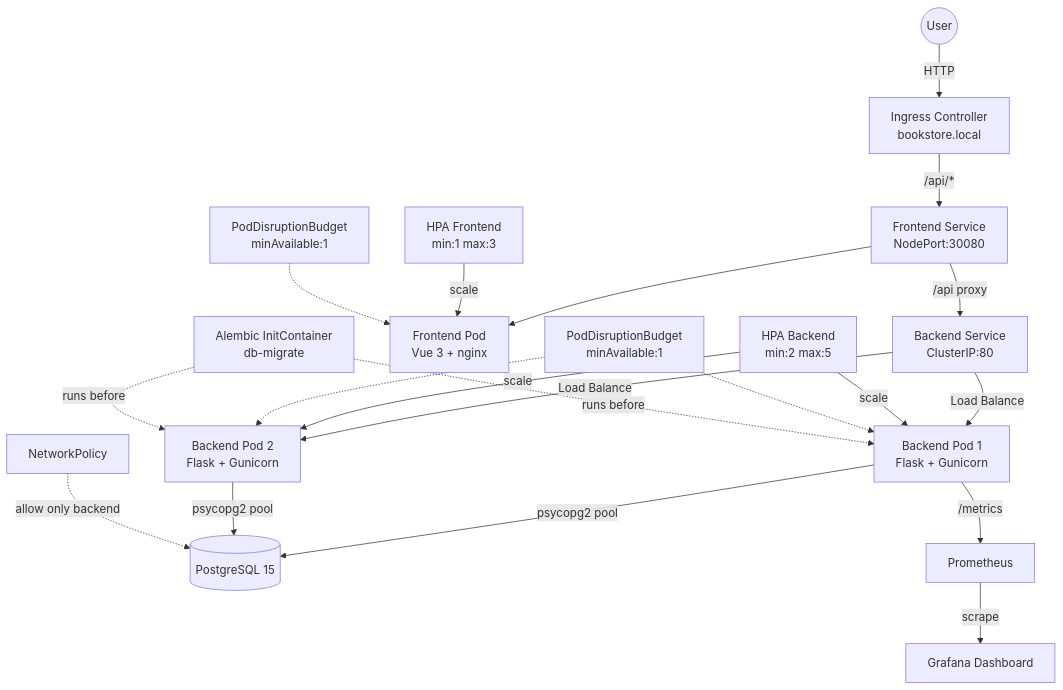
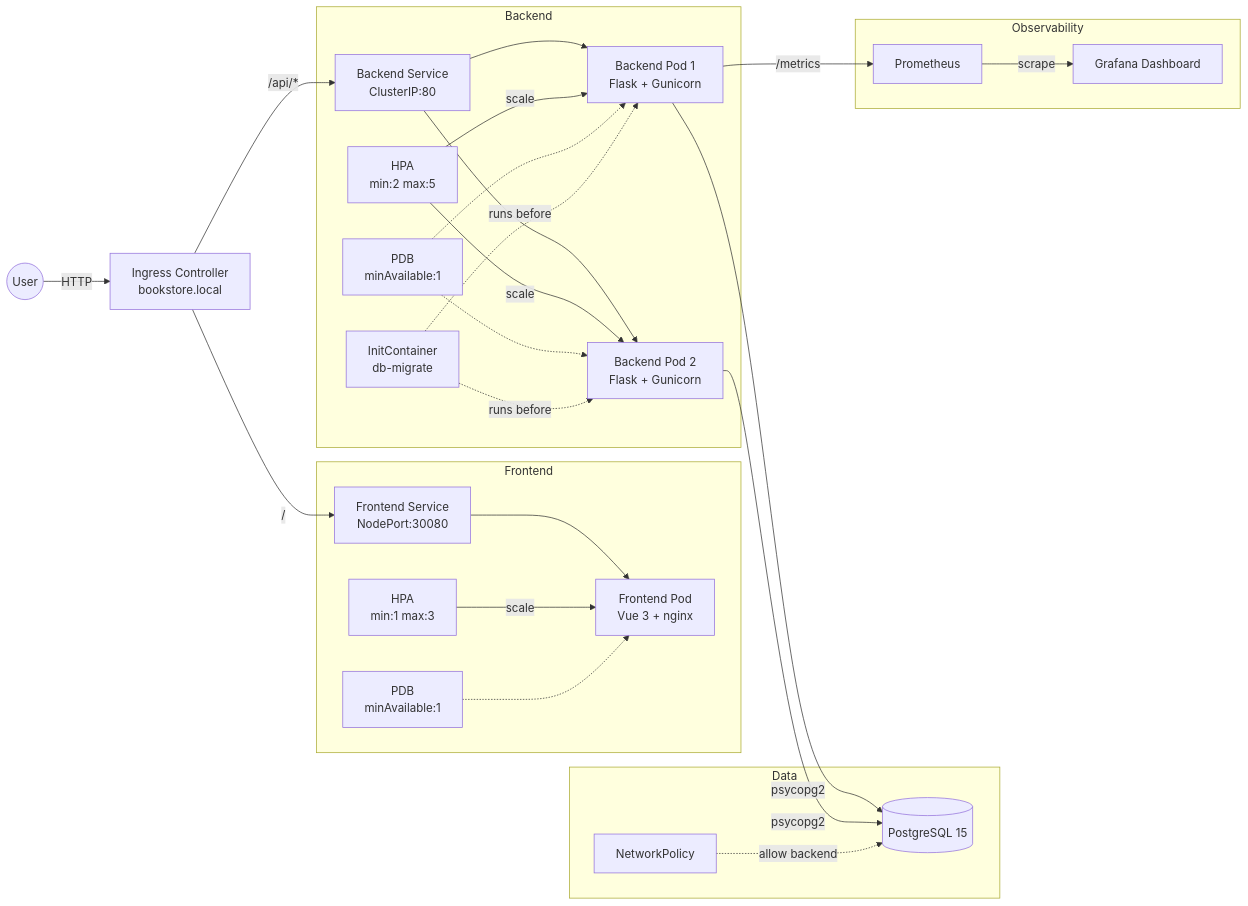
The diagram in README.md (Fgq2023/bookstore-k8s), drawn with Mermaid before and after one commit.

Commit message:
docs: fix Mermaid diagram rendering on GitHub
Switch from graph TB to graph LR to avoid layout solver failure.
Group components into subgraphs (Frontend, Backend, Data, Observability)
to reduce edge crossings and improve readability.

````diff
--- a/README.md
+++ b/README.md
@@ -9,22 +9,34 @@
 ```mermaid
-graph TB
+graph LR
     User((User)) -->|HTTP| Ingress[Ingress Controller<br/>bookstore.local]
-    Ingress -->|/api/*| SVC_FE[Frontend Service<br/>NodePort:30080]
-    SVC_FE -->|/api proxy| SVC_BE[Backend Service<br/>ClusterIP:80]
-    SVC_BE -->|Load Balance| BE1[Backend Pod 1<br/>Flask + Gunicorn]
-    SVC_BE -->|Load Balance| BE2[Backend Pod 2<br/>Flask + Gunicorn]
-    SVC_FE --> FE1[Frontend Pod<br/>Vue 3 + nginx]
-    BE1 -->|psycopg2 pool| DB[(PostgreSQL 15)]
-    BE2 -->|psycopg2 pool| DB
-    BE1 -->|/metrics| Prom[Prometheus]
-    Prom -->|scrape| Grafana[Grafana Dashboard]
-    HPA_BE[HPA Backend<br/>min:2 max:5] -->|scale| BE1
-    HPA_BE -->|scale| BE2
-    HPA_FE[HPA Frontend<br/>min:1 max:3] -->|scale| FE1
-    PDB_BE[PodDisruptionBudget<br/>minAvailable:1] -.-> BE1
-    PDB_BE -.-> BE2
-    PDB_FE[PodDisruptionBudget<br/>minAvailable:1] -.-> FE1
-    NP[NetworkPolicy] -.->|allow only backend| DB
-    Init[Alembic InitContainer<br/>db-migrate] -.->|runs before| BE1
-    Init -.->|runs before| BE2
+    Ingress -->|/| SVC_FE[Frontend Service<br/>NodePort:30080]
+    Ingress -->|/api/*| SVC_BE[Backend Service<br/>ClusterIP:80]
+
+    subgraph Frontend
+        SVC_FE --> FE1[Frontend Pod<br/>Vue 3 + nginx]
+        HPA_FE[HPA<br/>min:1 max:3] -->|scale| FE1
+        PDB_FE[PDB<br/>minAvailable:1] -.-> FE1
+    end
+
+    subgraph Backend
+        SVC_BE --> BE1[Backend Pod 1<br/>Flask + Gunicorn]
+        SVC_BE --> BE2[Backend Pod 2<br/>Flask + Gunicorn]
+        HPA_BE[HPA<br/>min:2 max:5] -->|scale| BE1
+        HPA_BE -->|scale| BE2
+        PDB_BE[PDB<br/>minAvailable:1] -.-> BE1
+        PDB_BE -.-> BE2
+        Init[InitContainer<br/>db-migrate] -.->|runs before| BE1
+        Init -.->|runs before| BE2
+    end
+
+    subgraph Data
+        BE1 -->|psycopg2| DB[(PostgreSQL 15)]
+        BE2 -->|psycopg2| DB
+        NP[NetworkPolicy] -.->|allow backend| DB
+    end
+
+    subgraph Observability
+        BE1 -->|/metrics| Prom[Prometheus]
+        Prom -->|scrape| Grafana[Grafana Dashboard]
+    end
 ```
````
